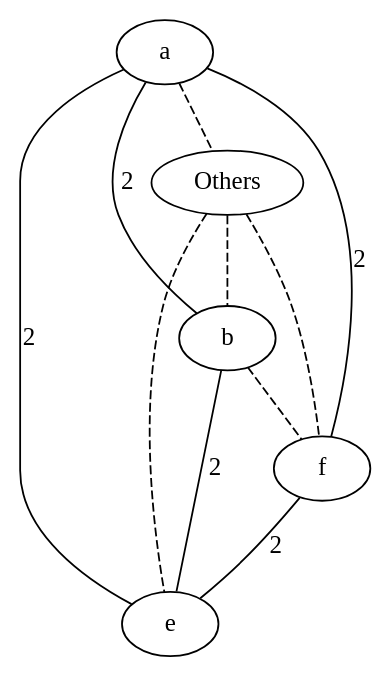
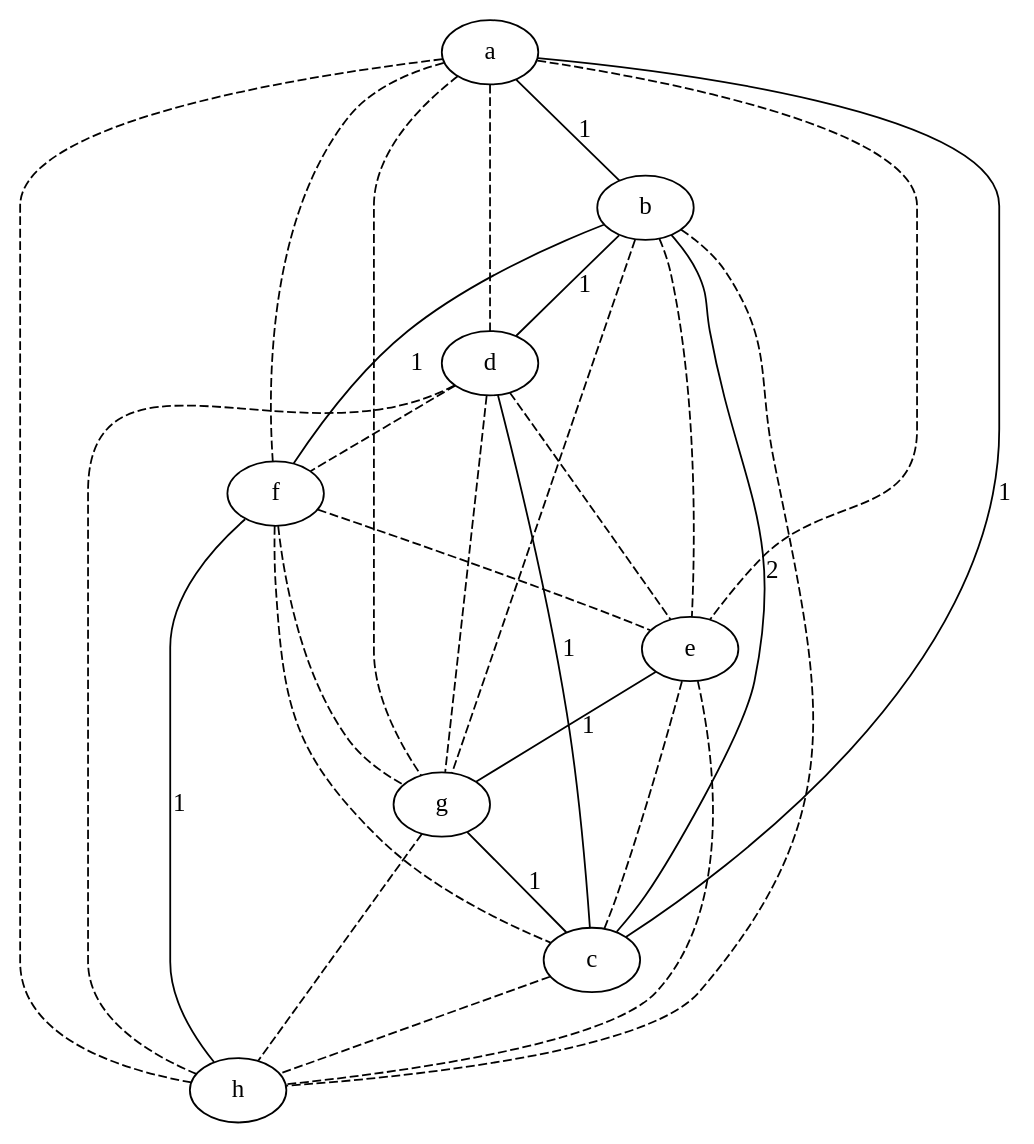
The diagram in src/extension/plainGraph.dot (lrodrin/TFG), drawn with Graphviz before and after one commit. The commit also changed 9 other files, not shown here.

```diff
--- a/src/extension/plainGraph.dot
+++ b/src/extension/plainGraph.dot
@@ -1,17 +1,38 @@
-strict graph "()" {
+strict graph "" {
 a;
-Others;
 b;
+d;
 f;
 e;
-a -- Others  [color=black, style=dashed];
-a -- b  [color=black, label=2, style=solid];
-a -- f  [color=black, label=2, style=solid];
-a -- e  [color=black, label=2, style=solid];
-Others -- b  [color=black, style=dashed];
-Others -- f  [color=black, style=dashed];
-Others -- e  [color=black, style=dashed];
-b -- f  [color=black, style=dashed];
-b -- e  [color=black, label=2, style=solid];
-f -- e  [color=black, label=2, style=solid];
+g;
+c;
+h;
+a -- b  [color=black, label=1, style=solid];
+a -- d  [color=black, style=dashed];
+a -- f  [color=black, style=dashed];
+a -- e  [color=black, style=dashed];
+a -- g  [color=black, style=dashed];
+a -- c  [color=black, label=1, style=solid];
+a -- h  [color=black, style=dashed];
+b -- d  [color=black, label=1, style=solid];
+b -- f  [color=black, label=1, style=solid];
+b -- e  [color=black, style=dashed];
+b -- g  [color=black, style=dashed];
+b -- c  [color=black, label=2, style=solid];
+b -- h  [color=black, style=dashed];
+d -- f  [color=black, style=dashed];
+d -- e  [color=black, style=dashed];
+d -- g  [color=black, style=dashed];
+d -- c  [color=black, label=1, style=solid];
+d -- h  [color=black, style=dashed];
+f -- e  [color=black, style=dashed];
+f -- g  [color=black, style=dashed];
+f -- c  [color=black, style=dashed];
+f -- h  [color=black, label=1, style=solid];
+e -- g  [color=black, label=1, style=solid];
+e -- c  [color=black, style=dashed];
+e -- h  [color=black, style=dashed];
+g -- c  [color=black, label=1, style=solid];
+g -- h  [color=black, style=dashed];
+c -- h  [color=black, style=dashed];
 }
```
